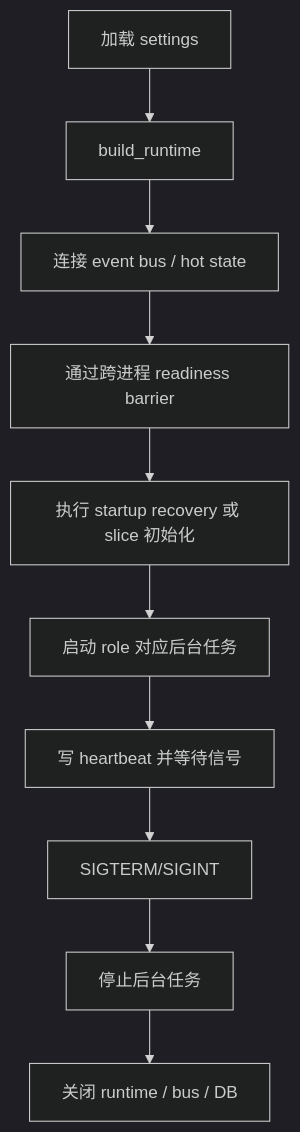
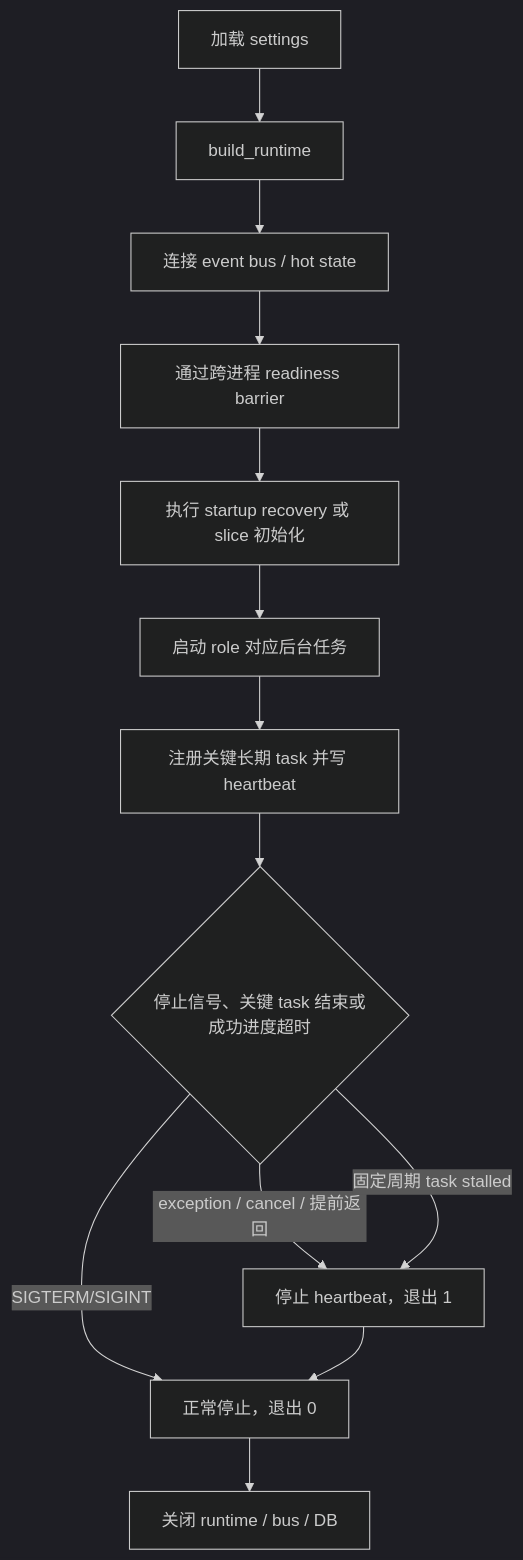
The first of 5 diagrams in docs/code_review/README.md (XianbinTang-Arthur/AI-participating-autonomous-trading-system), drawn with Mermaid (dark theme) before and after one commit. The commit also changed other lines of this file and 279 other files, not shown here.

````diff
--- a/docs/code_review/README.md
+++ b/docs/code_review/README.md
@@ -223,12 +223,15 @@
 ```mermaid
 flowchart TD
     A[加载 settings] --> B[build_runtime]
     B --> C[连接 event bus / hot state]
     C --> D[通过跨进程 readiness barrier]
     D --> E[执行 startup recovery 或 slice 初始化]
     E --> F[启动 role 对应后台任务]
-    F --> G[写 heartbeat 并等待信号]
-    G --> H[SIGTERM/SIGINT]
-    H --> I[停止后台任务]
+    F --> G[注册关键长期 task 并写 heartbeat]
+    G --> H{停止信号、关键 task 结束或成功进度超时}
+    H -->|SIGTERM/SIGINT| I[正常停止，退出 0]
+    H -->|exception / cancel / 提前返回| K[停止 heartbeat，退出 1]
+    H -->|固定周期 task stalled| K
+    K --> I
     I --> J[关闭 runtime / bus / DB]
 ```
````
